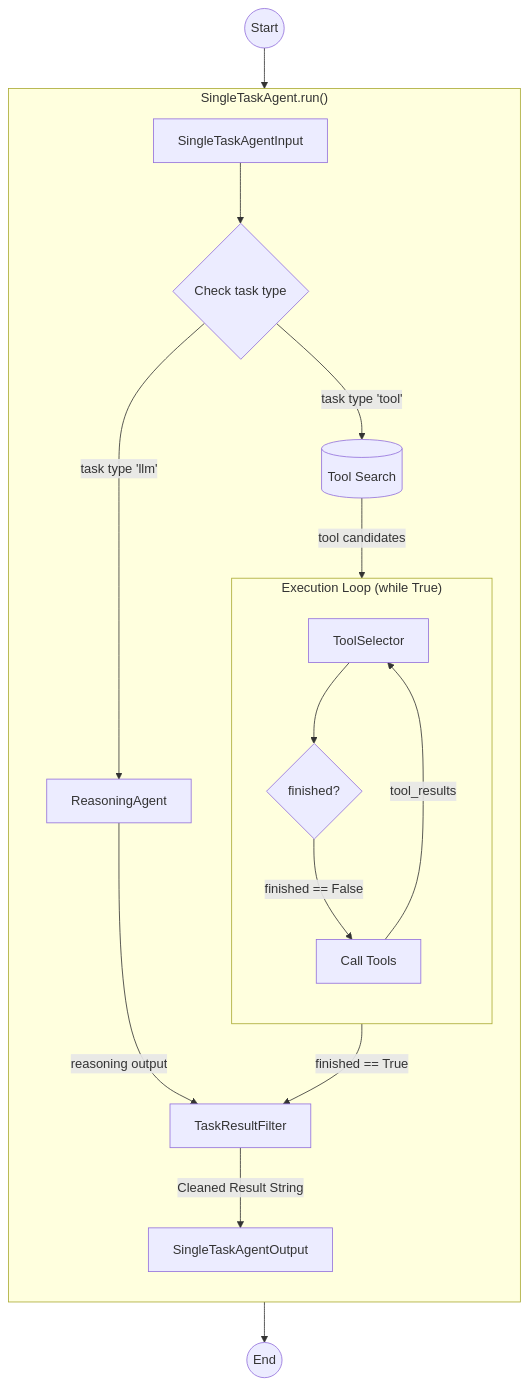
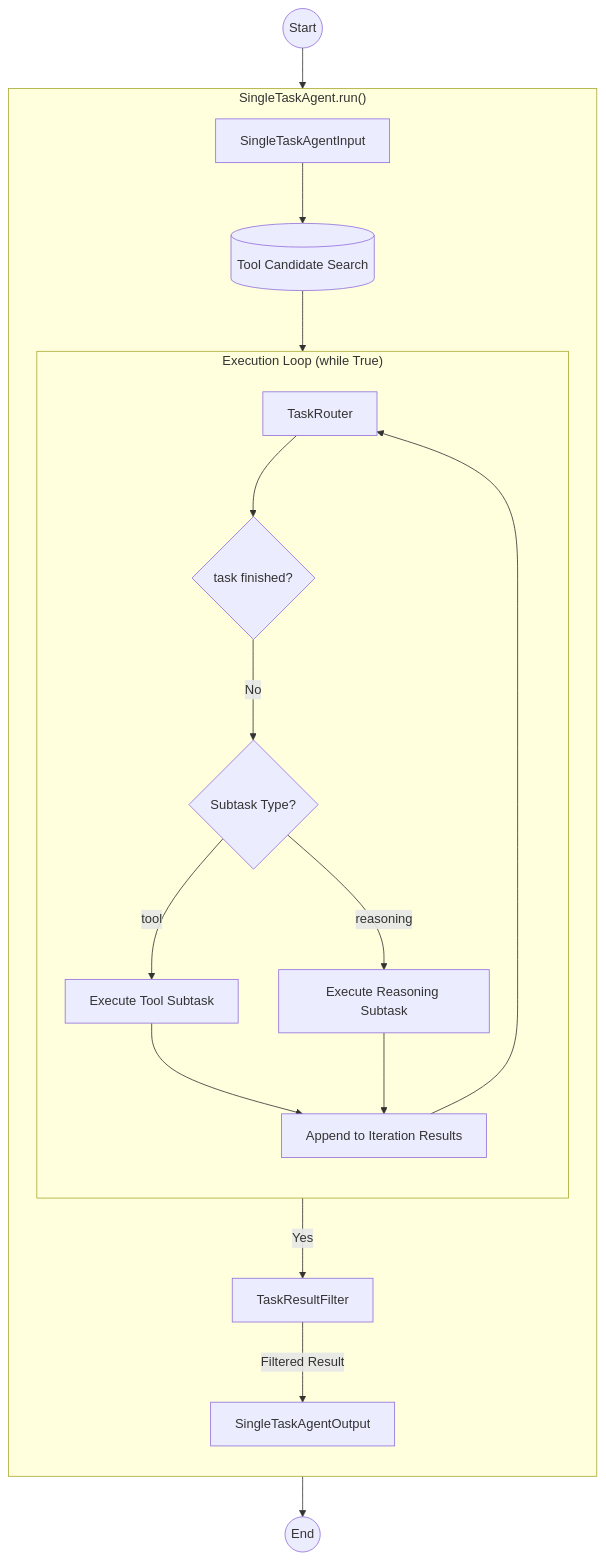
One commit to fidemin/easylocai changed the third of 4 diagrams in docs/DEVELOPMENT.md. Above: the diagram before and after it, drawn with Mermaid. The commit also changed other lines of this file, not shown here.

````diff
--- a/docs/DEVELOPMENT.md
+++ b/docs/DEVELOPMENT.md
@@ -86,33 +78,34 @@
 ```mermaid
 graph TD
     Start((Start)) --> Input[SingleTaskAgentInput]
 
     subgraph SingleTaskAgent ["SingleTaskAgent.run()"]
         direction TB
         
-        Input --> TypeCheck{Check task type}
+        Input --> Search[(Tool Candidate Search)]
         
-        %% LLM Branch
-        TypeCheck -->|task type 'llm'| Reasoning[ReasoningAgent]
-        Reasoning -->|reasoning output| Filter[TaskResultFilter]
-        
-        %% Tool Branch
-        TypeCheck -->|task type 'tool'| Search[(Tool Search)]
-        Search -->|tool candidates| LoopStart
+        Search --> LoopStart[TaskRouter]
 
-        subgraph ToolLoop ["Execution Loop (while True)"]
+        subgraph IterationLoop ["Execution Loop (while True)"]
             direction TB
-            LoopStart[ToolSelector] --> Finished{finished?}
+            LoopStart --> Finished{task finished?}
             
-            Finished -->|finished == False| Call[Call Tools]
-            Call -->|tool_results| LoopStart
+            Finished -->|No| Route{Subtask Type?}
+            
+            Route -->|tool| ToolExec[Execute Tool Subtask]
+            Route -->|reasoning| ReasonExec[Execute Reasoning Subtask]
+            
+            ToolExec --> Append[Append to Iteration Results]
+            ReasonExec --> Append
+            
+            Append --> LoopStart
         end
         
-        Finished -->|finished == True| Filter
+        Finished -->|Yes| Filter[TaskResultFilter]
         
         %% Final Synthesis
-        Filter -->|Cleaned Result String| Out[SingleTaskAgentOutput]
+        Filter -->|Filtered Result| Out[SingleTaskAgentOutput]
     end
 
     Out --> End((End))
 ```
````
